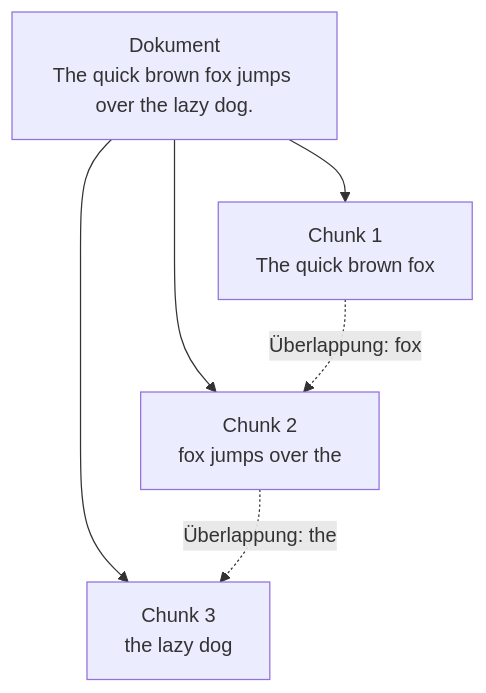
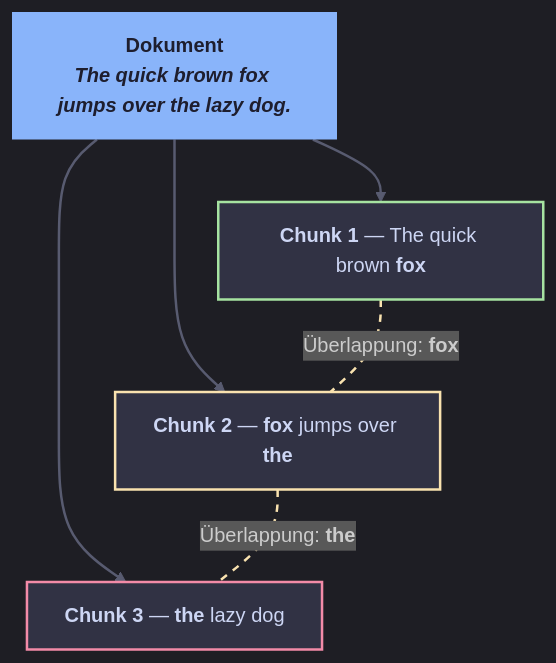
One commit to AliMoinzadeh/Dojo.RAG changed the second of 4 diagrams in docs/presentation.de.md. Above: the diagram before and after it, drawn with Mermaid. The commit also changed other lines of this file and 1 other file, not shown here.

Commit message:
improve mermaid diagrams

````diff
--- a/docs/presentation.de.md
+++ b/docs/presentation.de.md
@@ -397,13 +421,27 @@
 ```mermaid
+%%{init: {'theme': 'dark', 'themeVariables': {'primaryColor': '#313244', 'primaryTextColor': '#cdd6f4', 'lineColor': '#6c7086', 'fontSize': '16px'}}}%%
 flowchart TB
-  D["Dokument<br/>The quick brown fox jumps over the lazy dog."]
-  C1["Chunk 1<br/>The quick brown fox"]
-  C2["Chunk 2<br/>fox jumps over the"]
-  C3["Chunk 3<br/>the lazy dog"]
+  D["<b>Dokument</b><br/><i>The quick brown fox jumps over the lazy dog.</i>"]
 
-  D --> C1
-  D --> C2
-  D --> C3
-  C1 -. "Überlappung: fox" .-> C2
-  C2 -. "Überlappung: the" .-> C3
+  D --> C1 & C2 & C3
+
+  C1["<b>Chunk 1</b> — The quick brown <b>fox</b>"]
+  C2["<b>Chunk 2</b> — <b>fox</b> jumps over <b>the</b>"]
+  C3["<b>Chunk 3</b> — <b>the</b> lazy dog"]
+
+  C1 -.-|"Überlappung: <b>fox</b>"| C2
+  C2 -.-|"Überlappung: <b>the</b>"| C3
+
+  classDef doc fill:#89b4fa,color:#1e1e2e,stroke:none,font-weight:bold
+  classDef c1 fill:#313244,color:#cdd6f4,stroke:#a6e3a1,stroke-width:2px
+  classDef c2 fill:#313244,color:#cdd6f4,stroke:#f9e2af,stroke-width:2px
+  classDef c3 fill:#313244,color:#cdd6f4,stroke:#f38ba8,stroke-width:2px
+
+  class D doc
+  class C1 c1
+  class C2 c2
+  class C3 c3
+
+  linkStyle 0,1,2 stroke:#585b70,stroke-width:2px
+  linkStyle 3,4 stroke:#f9e2af,stroke-width:2px,stroke-dasharray:6
 ```
````
